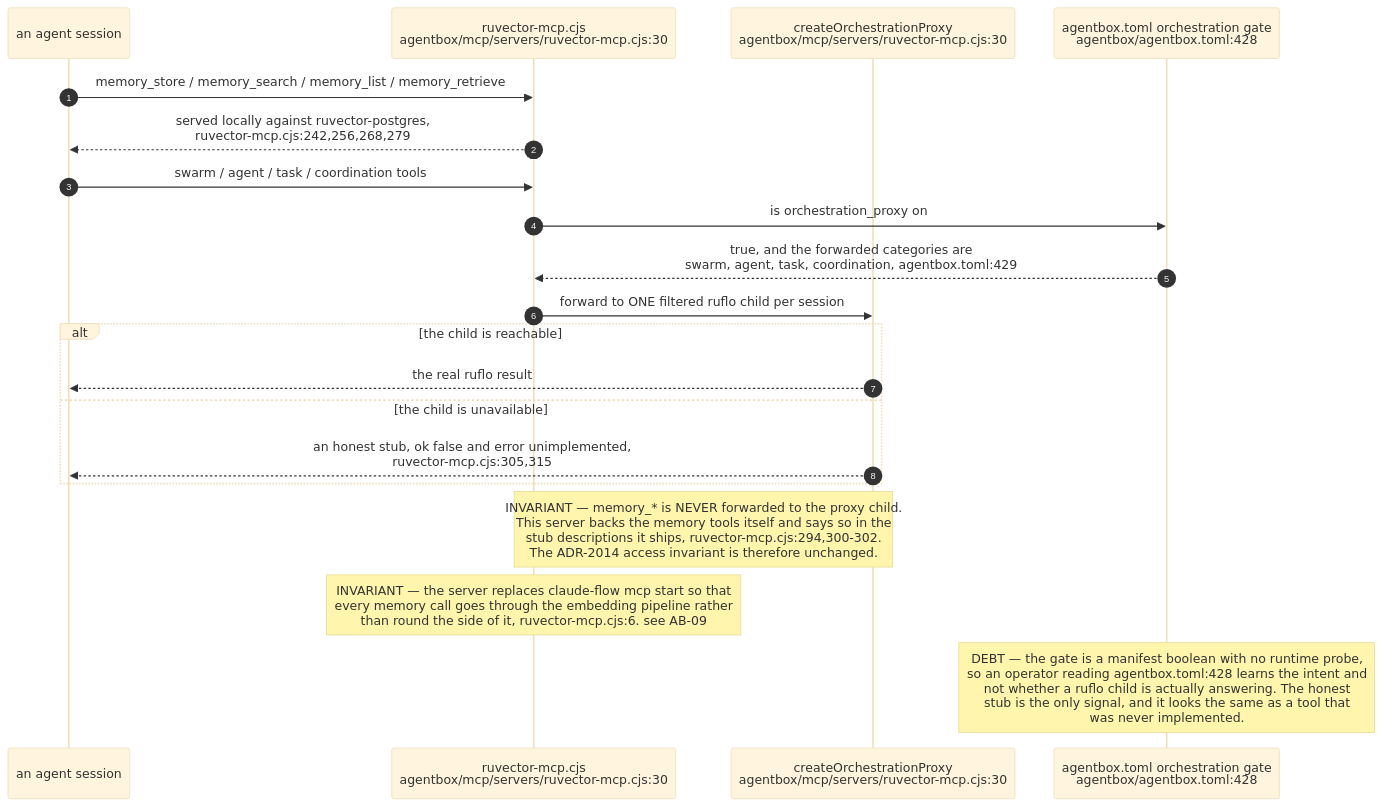
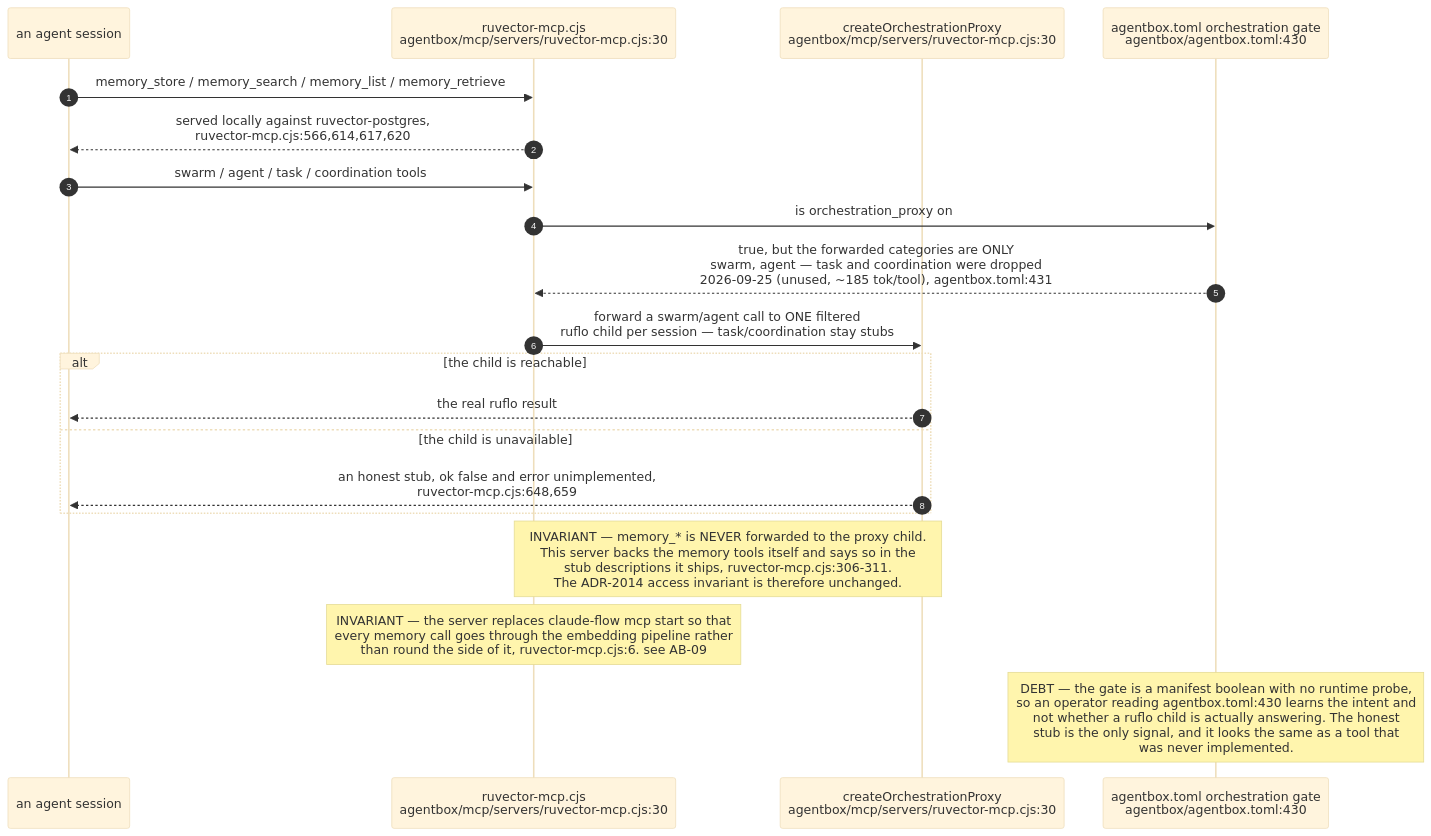
The sixth of 6 diagrams in docs/diagrams/estate/07-memory-and-embedding-estate.md (DreamLab-AI/VisionFlow), drawn with Mermaid (base theme) before and after one commit. The commit also changed other lines of this file and 136 other files, not shown here.

First line of the commit message:
docs(diagrams): refresh the whole corpus to code HEAD and prune low-value diagrams

````diff
--- a/docs/diagrams/estate/07-memory-and-embedding-estate.md
+++ b/docs/diagrams/estate/07-memory-and-embedding-estate.md
@@ -291,25 +188,25 @@
 ```mermaid
 sequenceDiagram
     autonumber
     participant AG as an agent session
     participant RV as ruvector-mcp.cjs<br/>agentbox/mcp/servers/ruvector-mcp.cjs:30
     participant PROXY as createOrchestrationProxy<br/>agentbox/mcp/servers/ruvector-mcp.cjs:30
-    participant MAN as agentbox.toml orchestration gate<br/>agentbox/agentbox.toml:428
+    participant MAN as agentbox.toml orchestration gate<br/>agentbox/agentbox.toml:430
 
     AG->>RV: memory_store / memory_search / memory_list / memory_retrieve
-    RV-->>AG: served locally against ruvector-postgres,<br/>ruvector-mcp.cjs:242,256,268,279
+    RV-->>AG: served locally against ruvector-postgres,<br/>ruvector-mcp.cjs:566,614,617,620
 
     AG->>RV: swarm / agent / task / coordination tools
     RV->>MAN: is orchestration_proxy on
-    MAN-->>RV: true, and the forwarded categories are<br/>swarm, agent, task, coordination, agentbox.toml:429
-    RV->>PROXY: forward to ONE filtered ruflo child per session
+    MAN-->>RV: true, but the forwarded categories are ONLY<br/>swarm, agent — task and coordination were dropped<br/>2026-09-25 (unused, ~185 tok/tool), agentbox.toml:431
+    RV->>PROXY: forward a swarm/agent call to ONE filtered<br/>ruflo child per session — task/coordination stay stubs
     alt the child is reachable
         PROXY-->>AG: the real ruflo result
     else the child is unavailable
-        PROXY-->>AG: an honest stub, ok false and error unimplemented,<br/>ruvector-mcp.cjs:305,315
+        PROXY-->>AG: an honest stub, ok false and error unimplemented,<br/>ruvector-mcp.cjs:648,659
     end
 
-    Note over RV,PROXY: INVARIANT — memory_* is NEVER forwarded to the proxy child.<br/>This server backs the memory tools itself and says so in the<br/>stub descriptions it ships, ruvector-mcp.cjs:294,300-302.<br/>The ADR-2014 access invariant is therefore unchanged.
+    Note over RV,PROXY: INVARIANT — memory_* is NEVER forwarded to the proxy child.<br/>This server backs the memory tools itself and says so in the<br/>stub descriptions it ships, ruvector-mcp.cjs:306-311.<br/>The ADR-2014 access invariant is therefore unchanged.
     Note over RV: INVARIANT — the server replaces claude-flow mcp start so that<br/>every memory call goes through the embedding pipeline rather<br/>than round the side of it, ruvector-mcp.cjs:6. see AB-09
-    Note over MAN: DEBT — the gate is a manifest boolean with no runtime probe,<br/>so an operator reading agentbox.toml:428 learns the intent and<br/>not whether a ruflo child is actually answering. The honest<br/>stub is the only signal, and it looks the same as a tool that<br/>was never implemented.
+    Note over MAN: DEBT — the gate is a manifest boolean with no runtime probe,<br/>so an operator reading agentbox.toml:430 learns the intent and<br/>not whether a ruflo child is actually answering. The honest<br/>stub is the only signal, and it looks the same as a tool that<br/>was never implemented.
 ```
````
